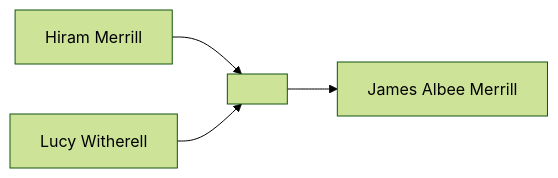
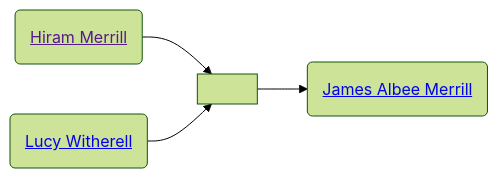
Before and after one commit to neelsmith/avocational: the second of 2 diagrams in familyhistory/sources/people/Merrill-line/Hiram_Merrill.qmd, drawn with Mermaid (forest theme). The commit also changed other lines of this file and 71 other files, not shown here.

````diff
--- a/familyhistory/sources/people/Merrill-line/Hiram_Merrill.qmd
+++ b/familyhistory/sources/people/Merrill-line/Hiram_Merrill.qmd
@@ -38,6 +46,11 @@
 ```{mermaid}
 graph LR
-Hiram_Merrill[Hiram Merrill] --> Hiram_Merrill+Lucy_Witherell[ ]
-Lucy_Witherell[Lucy Witherell] --> Hiram_Merrill+Lucy_Witherell[ ]
-Hiram_Merrill+Lucy_Witherell[ ] --> James_Albee_Merrill[James Albee Merrill]
+class Hiram_Merrill_and_Lucy_Witherell marriage
+Hiram_Merrill(<a href=''>Hiram Merrill</>) --> Hiram_Merrill_and_Lucy_Witherell[ ]
+Lucy_Witherell(<a href='./Lucy_Witherell.html'>Lucy Witherell</>) --> Hiram_Merrill_and_Lucy_Witherell(( ))
+Hiram_Merrill_and_Lucy_Witherell[ ] --> James_Albee_Merrill(<a href='./James_Albee_Merrill.html'>James Albee Merrill</>)
+classDef mother fill:#ffd1dc
+classDef father fill:#daf0f7  
+classDef marriage fill:#ffffff
+
 ```
````
